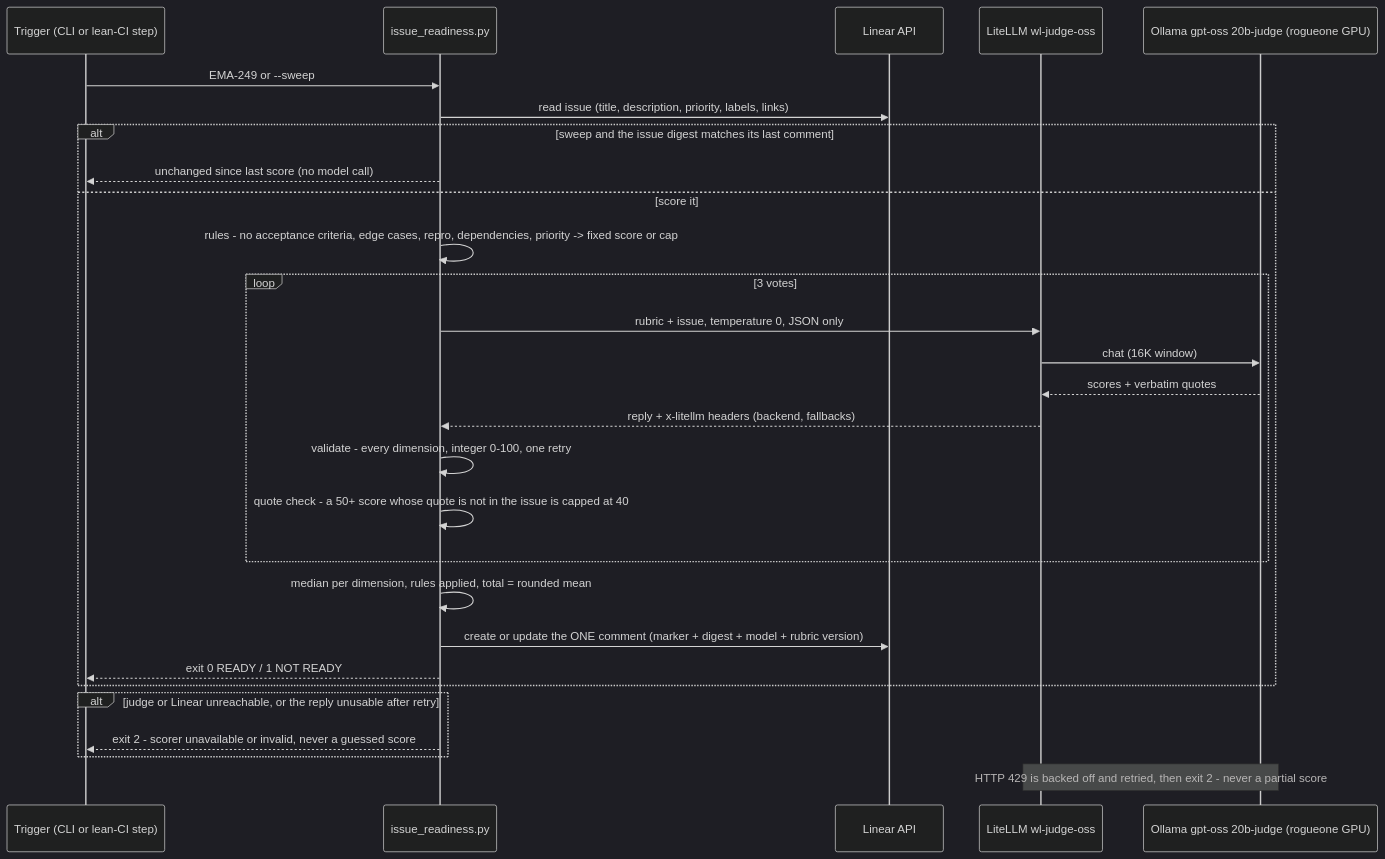
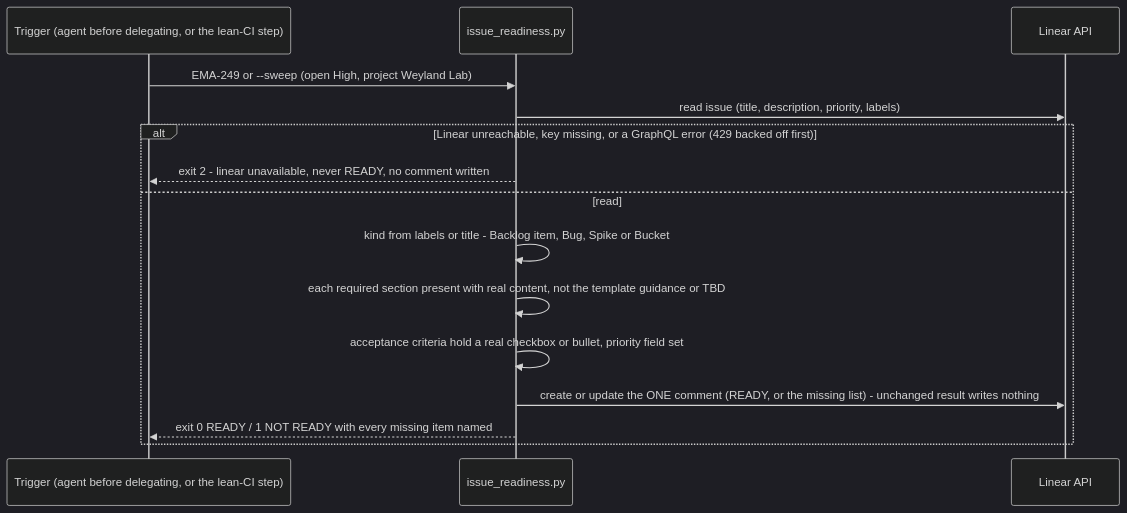
One commit to edtbl76/weyland-lab changed the diagram in docs/diagrams/flow-issue-readiness.md. Above: the diagram before and after it, drawn with Mermaid (dark theme). The commit also changed other lines of this file and 21 other files, not shown here.

````diff
--- a/docs/diagrams/flow-issue-readiness.md
+++ b/docs/diagrams/flow-issue-readiness.md
@@ -9,31 +8,18 @@
 ```mermaid
 sequenceDiagram
-    participant T as Trigger (CLI or lean-CI step)
+    participant T as Trigger (agent before delegating, or the lean-CI step)
     participant S as issue_readiness.py
     participant L as Linear API
-    participant G as LiteLLM wl-judge-oss
-    participant O as Ollama gpt-oss 20b-judge (rogueone GPU)
 
-    T->>S: EMA-249 or --sweep
-    S->>L: read issue (title, description, priority, labels, links)
-    alt sweep and the issue digest matches its last comment
-        S-->>T: unchanged since last score (no model call)
-    else score it
-        S->>S: rules - no acceptance criteria, edge cases, repro, dependencies, priority -> fixed score or cap
-        loop 3 votes
-            S->>G: rubric + issue, temperature 0, JSON only
-            G->>O: chat (16K window)
-            O-->>G: scores + verbatim quotes
-            G-->>S: reply + x-litellm headers (backend, fallbacks)
-            S->>S: validate - every dimension, integer 0-100, one retry
-            S->>S: quote check - a 50+ score whose quote is not in the issue is capped at 40
-        end
-        S->>S: median per dimension, rules applied, total = rounded mean
-        S->>L: create or update the ONE comment (marker + digest + model + rubric version)
-        S-->>T: exit 0 READY / 1 NOT READY
+    T->>S: EMA-249 or --sweep (open High, project Weyland Lab)
+    S->>L: read issue (title, description, priority, labels)
+    alt Linear unreachable, key missing, or a GraphQL error (429 backed off first)
+        S-->>T: exit 2 - linear unavailable, never READY, no comment written
+    else read
+        S->>S: kind from labels or title - Backlog item, Bug, Spike or Bucket
+        S->>S: each required section present with real content, not the template guidance or TBD
+        S->>S: acceptance criteria hold a real checkbox or bullet, priority field set
+        S->>L: create or update the ONE comment (READY, or the missing list) - unchanged result writes nothing
+        S-->>T: exit 0 READY / 1 NOT READY with every missing item named
     end
-    alt judge or Linear unreachable, or the reply unusable after retry
-        S-->>T: exit 2 - scorer unavailable or invalid, never a guessed score
-    end
-    Note over G,O: HTTP 429 is backed off and retried, then exit 2 - never a partial score
 ```
````
